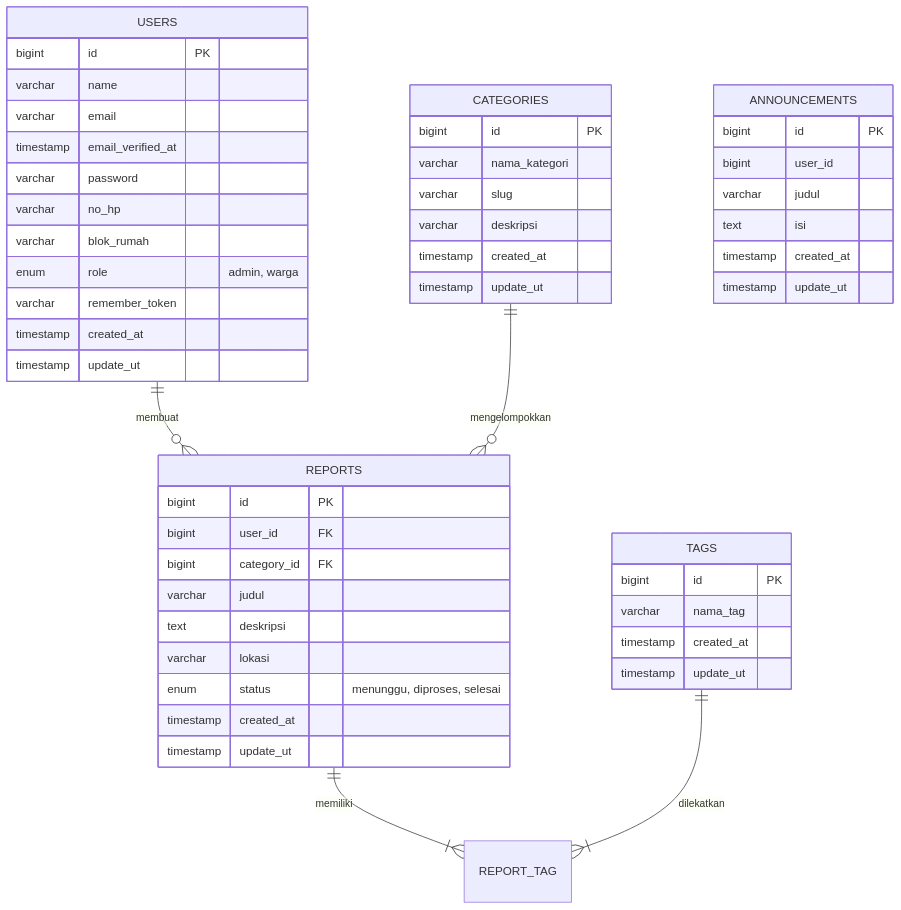
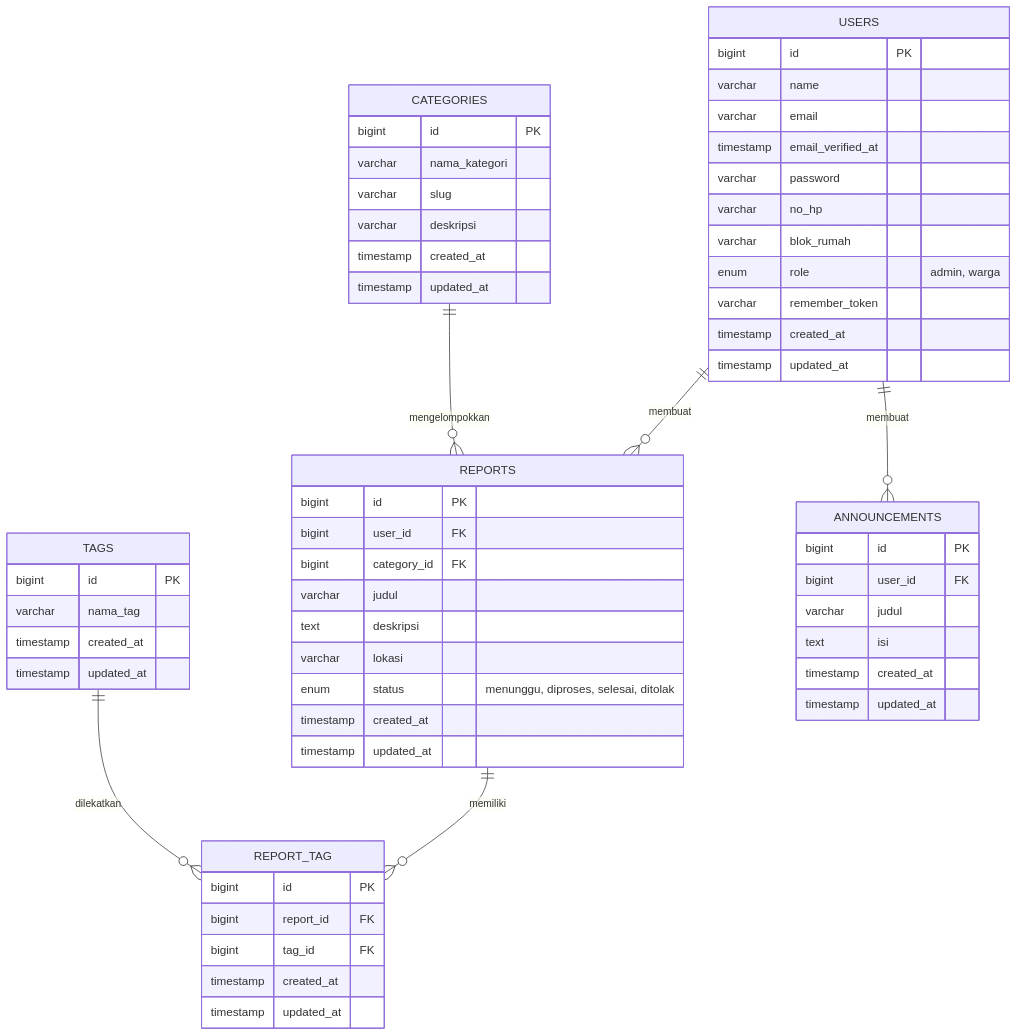
Before and after one commit to maylia-15/ProjectAkhir-WebII: the diagram in README.md, drawn with Mermaid.

Commit message:
Update Arsitektur Database

````diff
--- a/README.md
+++ b/README.md
@@ -80,54 +80,62 @@
 ```mermaid
 erDiagram
     USERS ||--o{ REPORTS : "membuat"
     CATEGORIES ||--o{ REPORTS : "mengelompokkan"
-    REPORTS ||--|{ REPORT_TAG : "memiliki"
-    TAGS ||--|{ REPORT_TAG : "dilekatkan"
+    REPORTS ||--o{ REPORT_TAG : "memiliki"
+    TAGS ||--o{ REPORT_TAG : "dilekatkan"
+    USERS ||--o{ ANNOUNCEMENTS : "membuat"
 
     USERS {
         bigint id PK
         varchar name
         varchar email
         timestamp email_verified_at
         varchar password
         varchar no_hp
         varchar blok_rumah
         enum role "admin, warga"
         varchar remember_token
         timestamp created_at
-        timestamp update_ut
+        timestamp updated_at
     }
     CATEGORIES {
         bigint id PK
         varchar nama_kategori
         varchar slug
         varchar deskripsi
         timestamp created_at
-        timestamp update_ut
+        timestamp updated_at
     }
     REPORTS {
         bigint id PK
         bigint user_id FK
         bigint category_id FK
         varchar judul
         text deskripsi
         varchar lokasi
-        enum status "menunggu, diproses, selesai"
+        enum status "menunggu, diproses, selesai, ditolak"
         timestamp created_at
-        timestamp update_ut
+        timestamp updated_at
     }
     TAGS {
         bigint id PK
         varchar nama_tag
         timestamp created_at
-        timestamp update_ut
+        timestamp updated_at
+    }
+    REPORT_TAG {
+        bigint id PK
+        bigint report_id FK
+        bigint tag_id FK
+        timestamp created_at
+        timestamp updated_at
     }
     ANNOUNCEMENTS {
         bigint id PK
-        bigint user_id
+        bigint user_id FK
         varchar judul
         text isi
         timestamp created_at
-        timestamp update_ut
+        timestamp updated_at
     }
 ```
````
